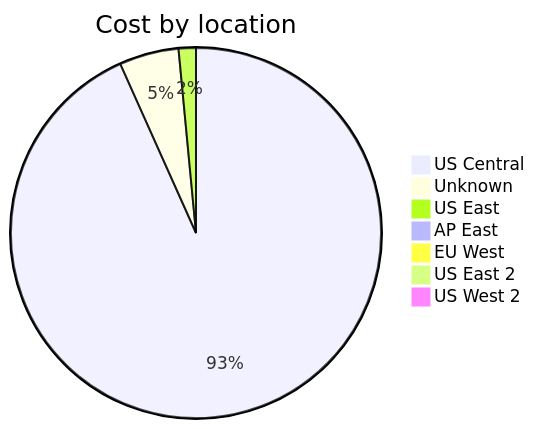
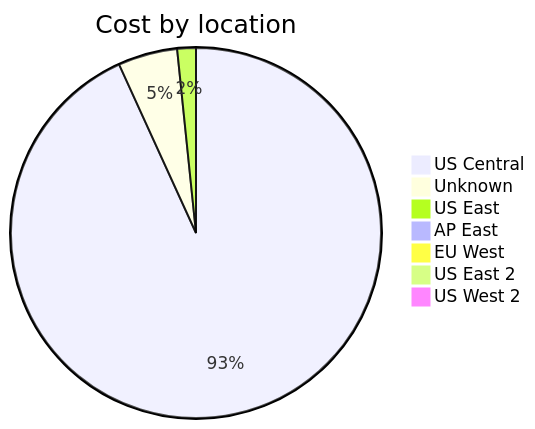
Before and after one commit to jpfulton/azure-personal-reports: the third of 4 diagrams in cost-reports/accumulated-cost.md, drawn with Mermaid. The commit also changed other lines of this file and 4 other files, not shown here.

````diff
--- a/cost-reports/accumulated-cost.md
+++ b/cost-reports/accumulated-cost.md
@@ -121,11 +121,11 @@
 ```mermaid
 pie
    title Cost by location
-   "US Central" : 5.57
-   "Unknown" : 0.31
-   "US East" : 0.09
+   "US Central" : 6.29
+   "Unknown" : 0.35
+   "US East" : 0.11
    "AP East" : 0.00
    "EU West" : 0.00
    "US East 2" : 0.00
    "US West 2" : 0.00
 ```
````
